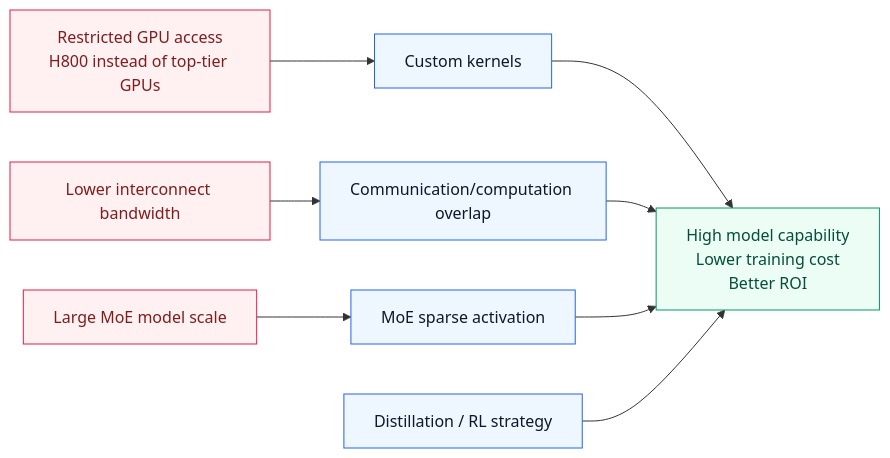
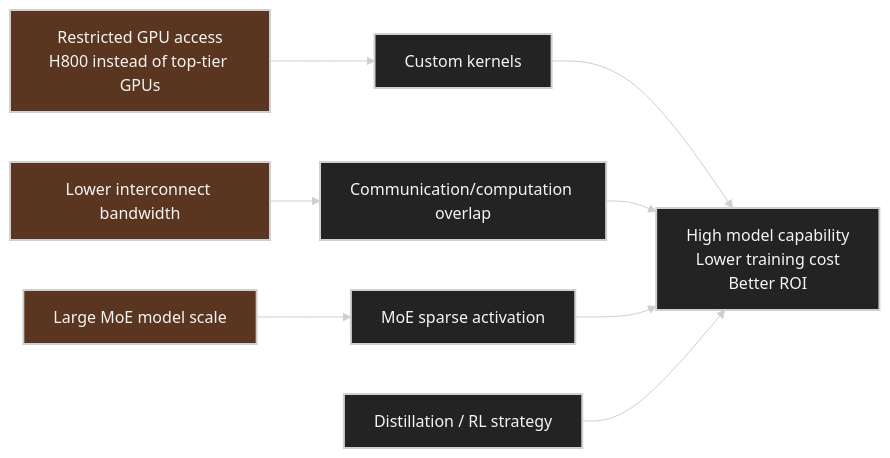
The seventh of 9 diagrams in ai-system-performance-engineering/chap01/README.md (ziwon/ai-data-center-network), drawn with Mermaid before and after one commit. The commit also changed other lines of this file and 35 other files, not shown here.

Commit message:
docs(mermaid): apply dark diagram style

````diff
--- a/ai-system-performance-engineering/chap01/README.md
+++ b/ai-system-performance-engineering/chap01/README.md
@@ -382,25 +388,26 @@
 ```mermaid
+%%{init: {"theme": "base", "themeVariables": {"background": "#171717", "primaryColor": "#232323", "primaryTextColor": "#f5f5f5", "primaryBorderColor": "#d0d0d0", "lineColor": "#cfcfcf", "fontFamily": "Inter, Arial, sans-serif"}}}%%
 flowchart LR
-    classDef constraint fill:#fff1f2,stroke:#e11d48,color:#7f1d1d
-    classDef technique fill:#eef6ff,stroke:#2563eb,color:#0f172a
-    classDef outcome fill:#ecfdf5,stroke:#059669,color:#064e3b
+    classDef constraint fill:#5a3520,stroke:#d0d0d0,color:#f5f5f5,stroke-width:2px;
+    classDef technique fill:#232323,stroke:#d0d0d0,color:#f5f5f5,stroke-width:2px;
+    classDef outcome fill:#232323,stroke:#d0d0d0,color:#f5f5f5,stroke-width:2px;
 
     C1[Restricted GPU access<br/>H800 instead of top-tier GPUs]:::constraint
     C2[Lower interconnect bandwidth]:::constraint
     C3[Large MoE model scale]:::constraint
 
     T1[Custom kernels]:::technique
     T2[Communication/computation overlap]:::technique
     T3[MoE sparse activation]:::technique
     T4[Distillation / RL strategy]:::technique
 
     O[High model capability<br/>Lower training cost<br/>Better ROI]:::outcome
 
     C1 --> T1
     C2 --> T2
     C3 --> T3
     T1 --> O
     T2 --> O
     T3 --> O
     T4 --> O
 ```
````
